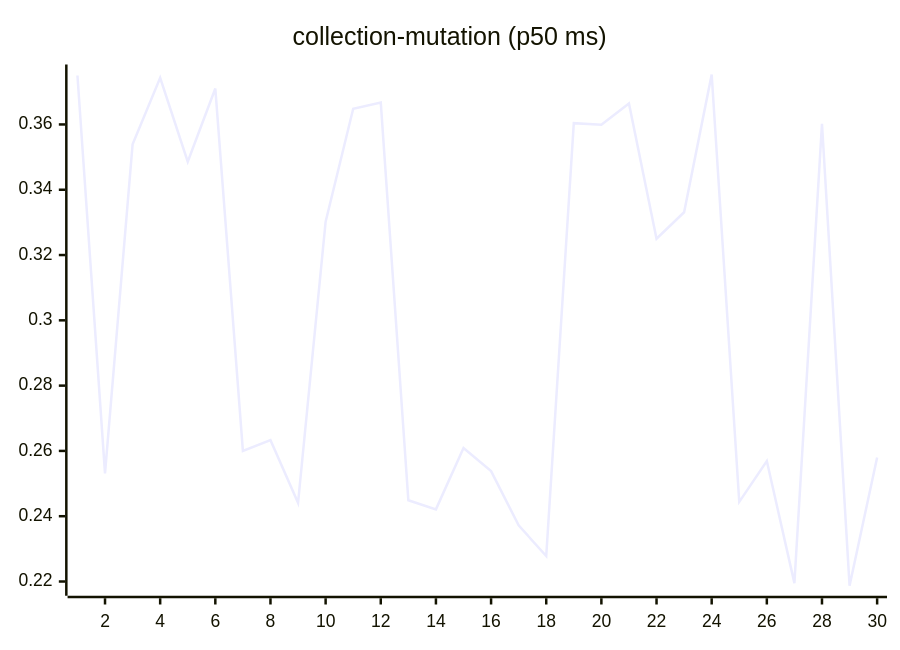
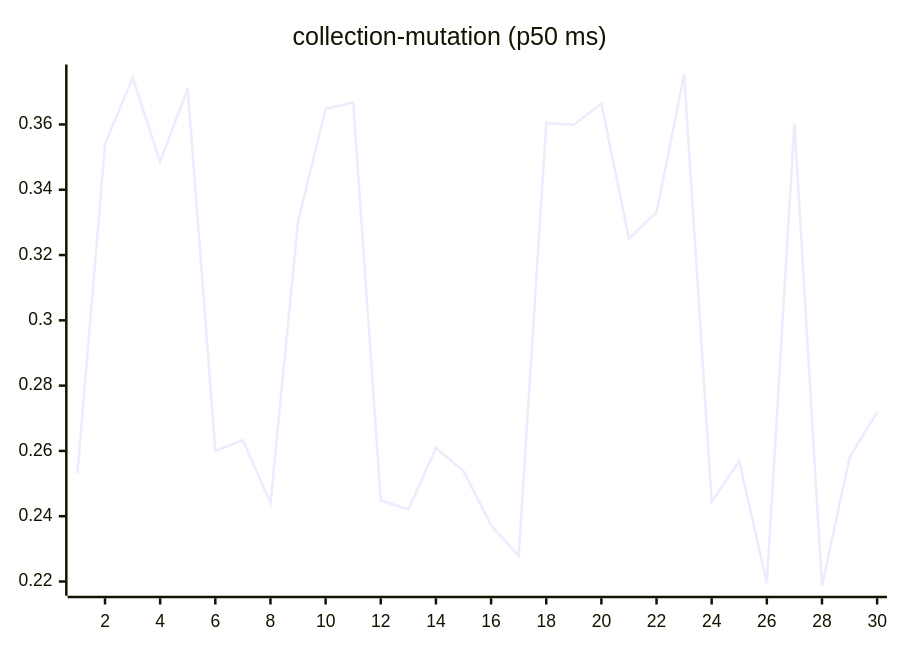
One commit to josha/Facet changed the sixth of 27 diagrams in README.md. Above: the diagram before and after it, drawn with Mermaid. The commit also changed other lines of this file and 2 other files, not shown here.

````diff
--- a/README.md
+++ b/README.md
@@ -98,6 +98,6 @@
 ```mermaid
 xychart-beta
     title "collection-mutation (p50 ms)"
     x-axis 1 --> 30
-    line [0.3750, 0.2531, 0.3539, 0.3743, 0.3486, 0.3710, 0.2600, 0.2633, 0.2441, 0.3302, 0.3648, 0.3667, 0.2449, 0.2421, 0.2609, 0.2538, 0.2372, 0.2278, 0.3604, 0.3599, 0.3664, 0.3250, 0.3331, 0.3753, 0.2444, 0.2569, 0.2195, 0.3602, 0.2187, 0.2580]
+    line [0.2531, 0.3539, 0.3743, 0.3486, 0.3710, 0.2600, 0.2633, 0.2441, 0.3302, 0.3648, 0.3667, 0.2449, 0.2421, 0.2609, 0.2538, 0.2372, 0.2278, 0.3604, 0.3599, 0.3664, 0.3250, 0.3331, 0.3753, 0.2444, 0.2569, 0.2195, 0.3602, 0.2187, 0.2580, 0.2719]
 ```
````
